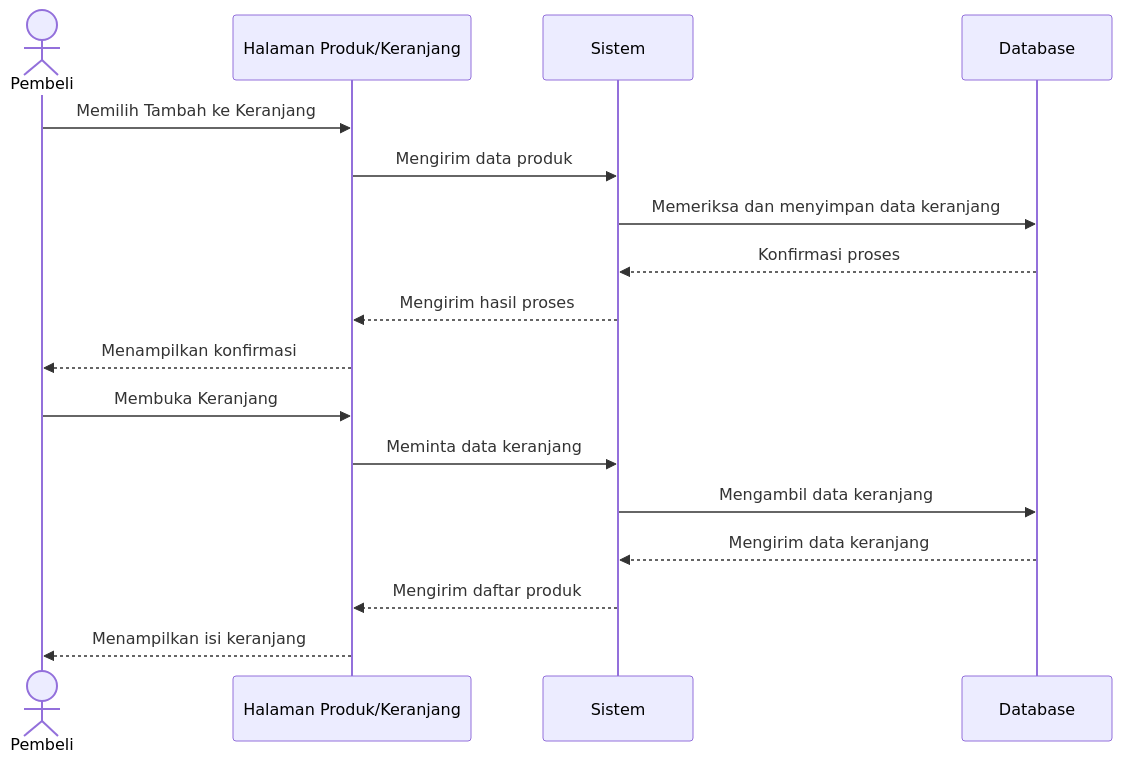
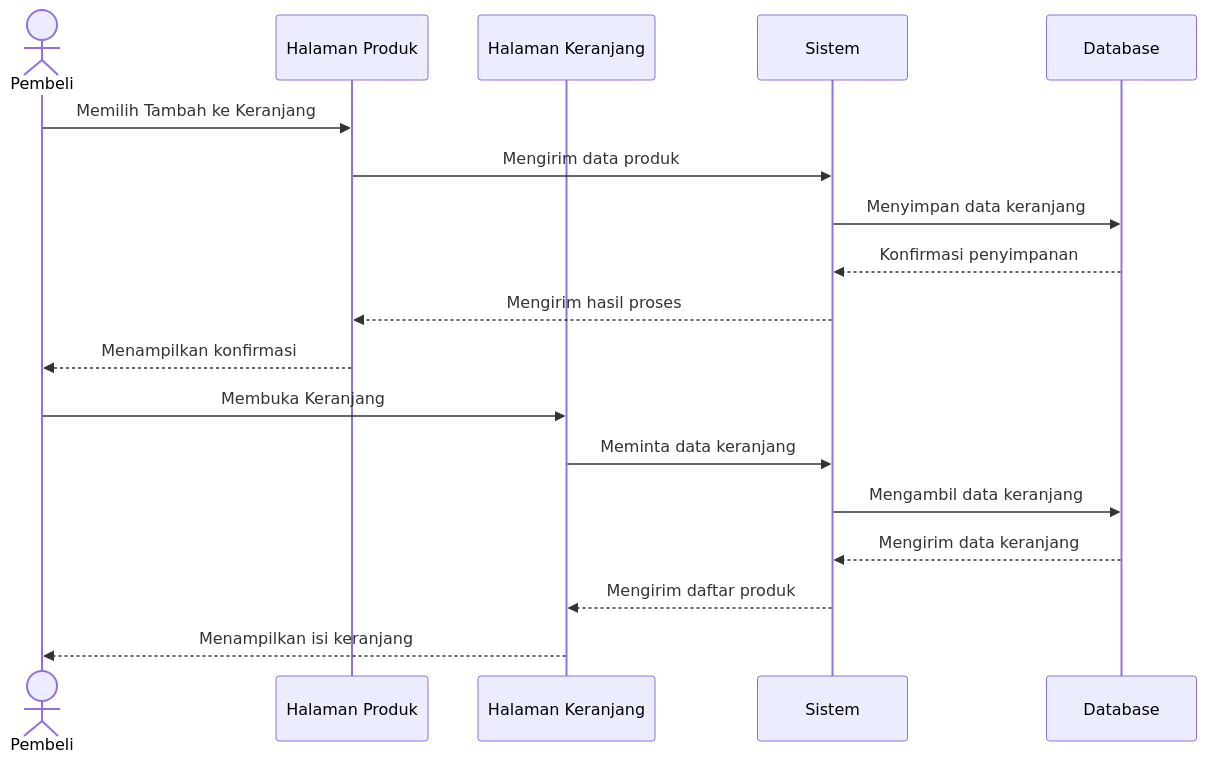
The seventh of 10 diagrams in a_Sprint_2/System_Modeling/Penjelasan_Sequence_Diagram.md (ChairuAisyAlsa/kelompok-3_sprint-2), drawn with Mermaid before and after one commit. The commit also changed other lines of this file, not shown here.

````diff
--- a/a_Sprint_2/System_Modeling/Penjelasan_Sequence_Diagram.md
+++ b/a_Sprint_2/System_Modeling/Penjelasan_Sequence_Diagram.md
@@ -248,21 +263,22 @@
 ```mermaid
 sequenceDiagram
     actor Pembeli
-    participant Produk as Halaman Produk/Keranjang
+    participant Produk as Halaman Produk
+    participant Keranjang as Halaman Keranjang
     participant Sistem
     participant DB as Database
 
     Pembeli->>Produk: Memilih Tambah ke Keranjang
     Produk->>Sistem: Mengirim data produk
-    Sistem->>DB: Memeriksa dan menyimpan data keranjang
-    DB-->>Sistem: Konfirmasi proses
+    Sistem->>DB: Menyimpan data keranjang
+    DB-->>Sistem: Konfirmasi penyimpanan
     Sistem-->>Produk: Mengirim hasil proses
     Produk-->>Pembeli: Menampilkan konfirmasi
 
-    Pembeli->>Produk: Membuka Keranjang
-    Produk->>Sistem: Meminta data keranjang
+    Pembeli->>Keranjang: Membuka Keranjang
+    Keranjang->>Sistem: Meminta data keranjang
     Sistem->>DB: Mengambil data keranjang
     DB-->>Sistem: Mengirim data keranjang
-    Sistem-->>Produk: Mengirim daftar produk
-    Produk-->>Pembeli: Menampilkan isi keranjang
+    Sistem-->>Keranjang: Mengirim daftar produk
+    Keranjang-->>Pembeli: Menampilkan isi keranjang
 ```
````
